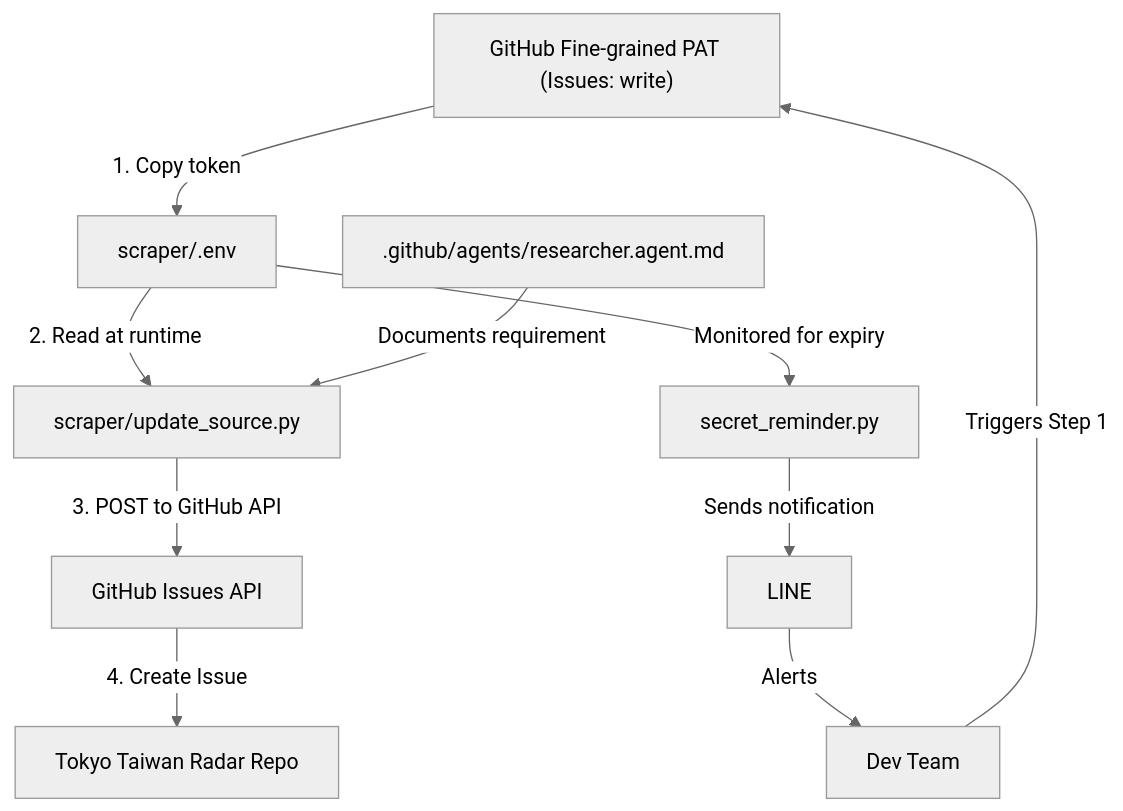
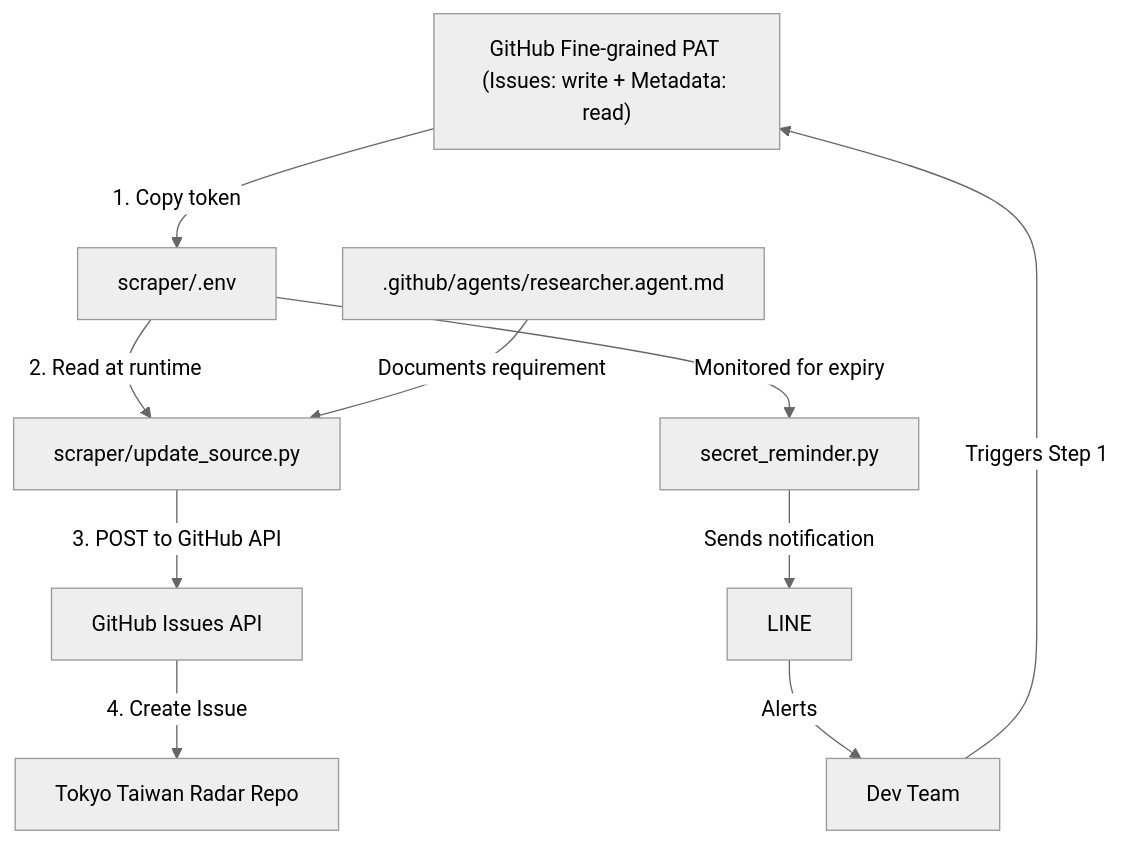
Before and after one commit to TuiTuiKoan/Tokyo_Taiwan_Radar: the diagram in .github/instructions/token-rotation.instructions.md, drawn with Mermaid (neutral theme). The commit also changed other lines of this file and 11 other files, not shown here.

First line of the commit message:
fix(agents,instructions,docs): correct GITHUB_TOKEN fine-grained permission to require Metadata: read

````diff
--- a/.github/instructions/token-rotation.instructions.md
+++ b/.github/instructions/token-rotation.instructions.md
@@ -158,16 +158,16 @@
 ```mermaid
 graph TD
-    A["GitHub Fine-grained PAT (Issues: write)"] -->|1. Copy token| B["scraper/.env"]
+    A["GitHub Fine-grained PAT (Issues: write + Metadata: read)"] -->|1. Copy token| B["scraper/.env"]
     B -->|2. Read at runtime| C["scraper/update_source.py"]
     C -->|3. POST to GitHub API| D["GitHub Issues API"]
     D -->|4. Create Issue| E["Tokyo Taiwan Radar Repo"]
     
     F[".github/agents/researcher.agent.md"]
     F -->|Documents requirement| C
     
     G["secret_reminder.py"]
     B -->|Monitored for expiry| G
     G -->|Sends notification| H["LINE"]
     H -->|Alerts| I["Dev Team"]
     I -->|Triggers Step 1| A
 ```
````
